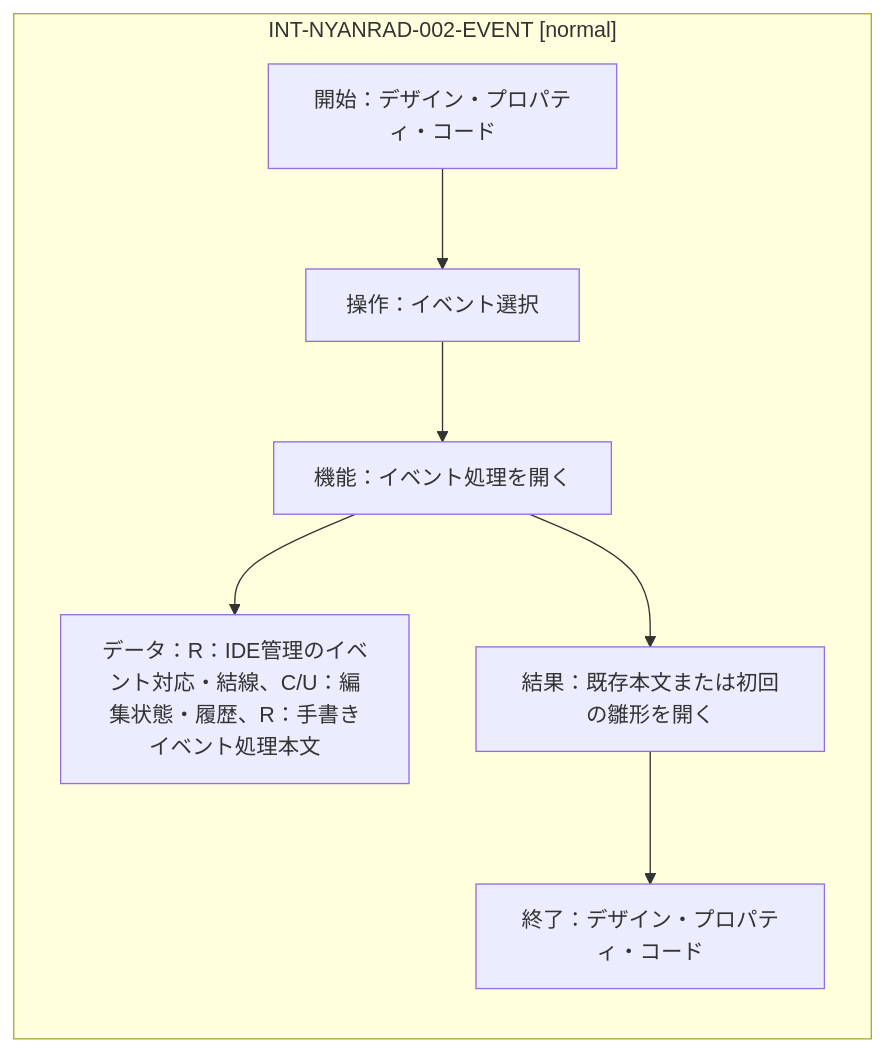
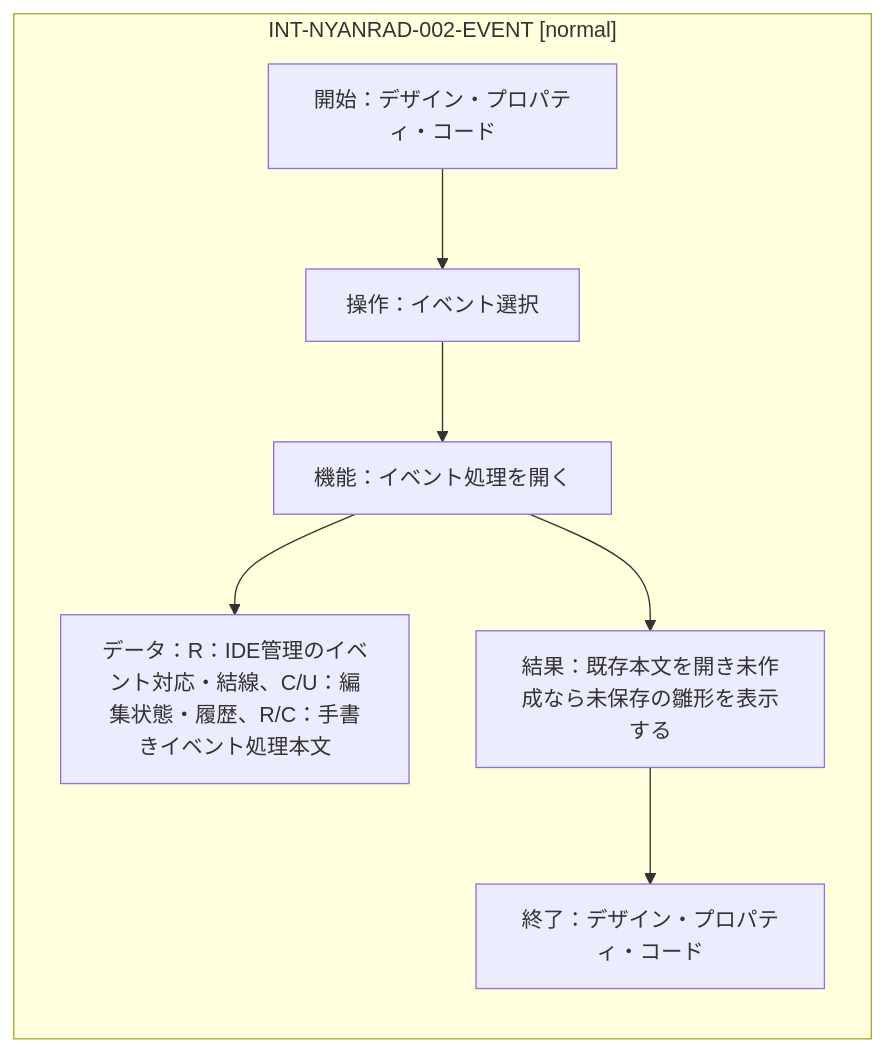
Before and after one commit to kosaru/NyanRAD: the diagram in planning/ifdam/IFDAM-NYANRAD-002/diagrams/02.mmd, drawn with Mermaid. The commit also changed 18 other files, not shown here.

```diff
--- a/planning/ifdam/IFDAM-NYANRAD-002/diagrams/02.mmd
+++ b/planning/ifdam/IFDAM-NYANRAD-002/diagrams/02.mmd
@@ -1,6 +1,6 @@
 flowchart LR
   subgraph I["INT-NYANRAD-002-EVENT [normal]"]
     U["開始：デザイン・プロパティ・コード"] --> E["操作：イベント選択"] --> F["機能：イベント処理を開く"]
-    F --> D["データ：R：IDE管理のイベント対応・結線、C/U：編集状態・履歴、R：手書きイベント処理本文"]
-    F --> R["結果：既存本文または初回の雛形を開く"] --> T["終了：デザイン・プロパティ・コード"]
+    F --> D["データ：R：IDE管理のイベント対応・結線、C/U：編集状態・履歴、R/C：手書きイベント処理本文"]
+    F --> R["結果：既存本文を開き未作成なら未保存の雛形を表示する"] --> T["終了：デザイン・プロパティ・コード"]
   end
```
